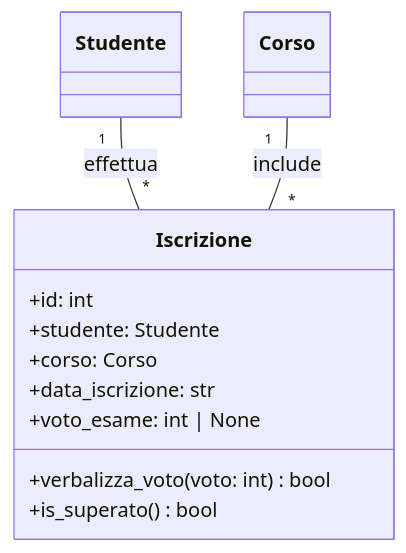
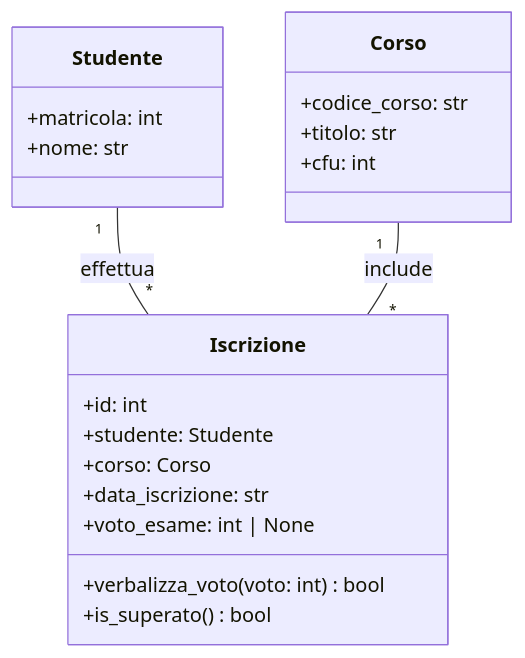
Before and after one commit to isissmorciano/2627-4m: the diagram in src/m03_relazioni_nn_ed_ereditarieta/es03/reference.md, drawn with Mermaid. The commit also changed 2 other files, not shown here.

Commit message:
Completa diagrammi UML esercizi m03

````diff
--- a/src/m03_relazioni_nn_ed_ereditarieta/es03/reference.md
+++ b/src/m03_relazioni_nn_ed_ereditarieta/es03/reference.md
@@ -3,15 +3,26 @@
 ```mermaid
 classDiagram
     Studente "1" -- "*" Iscrizione : effettua
     Corso "1" -- "*" Iscrizione : include
 
     class Iscrizione {
         +id: int
         +studente: Studente
         +corso: Corso
         +data_iscrizione: str
         +voto_esame: int | None
         +verbalizza_voto(voto: int) bool
         +is_superato() bool
     }
+
+    class Studente {
+        +matricola: int
+        +nome: str
+    }
+
+    class Corso {
+        +codice_corso: str
+        +titolo: str
+        +cfu: int
+    }
 ```
````
